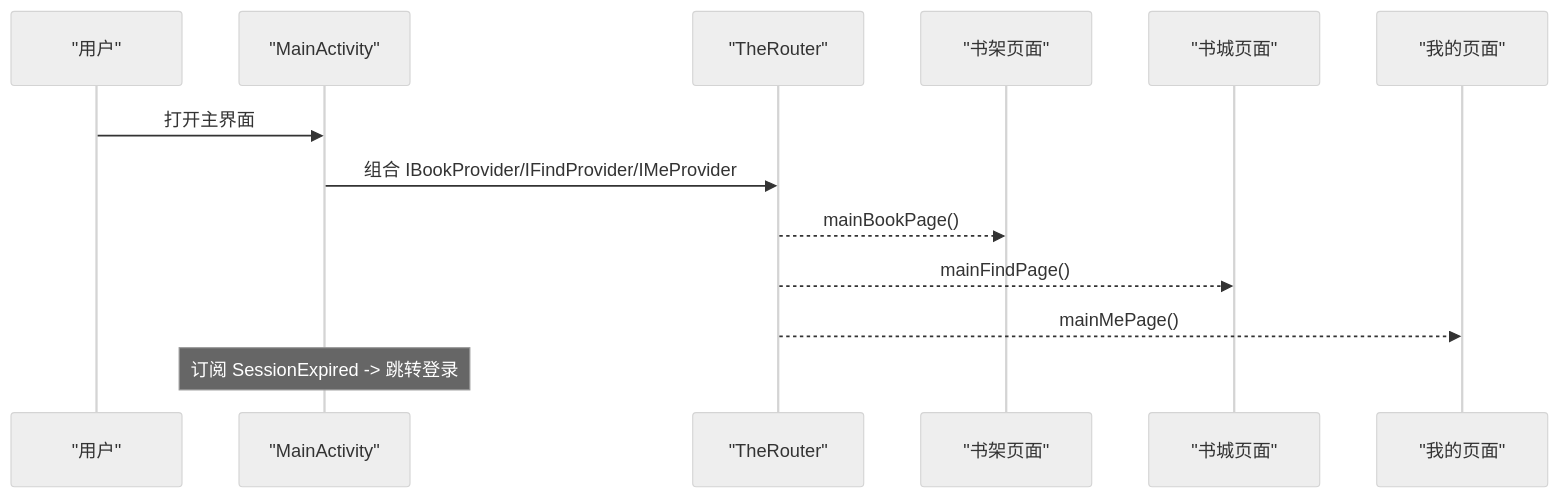
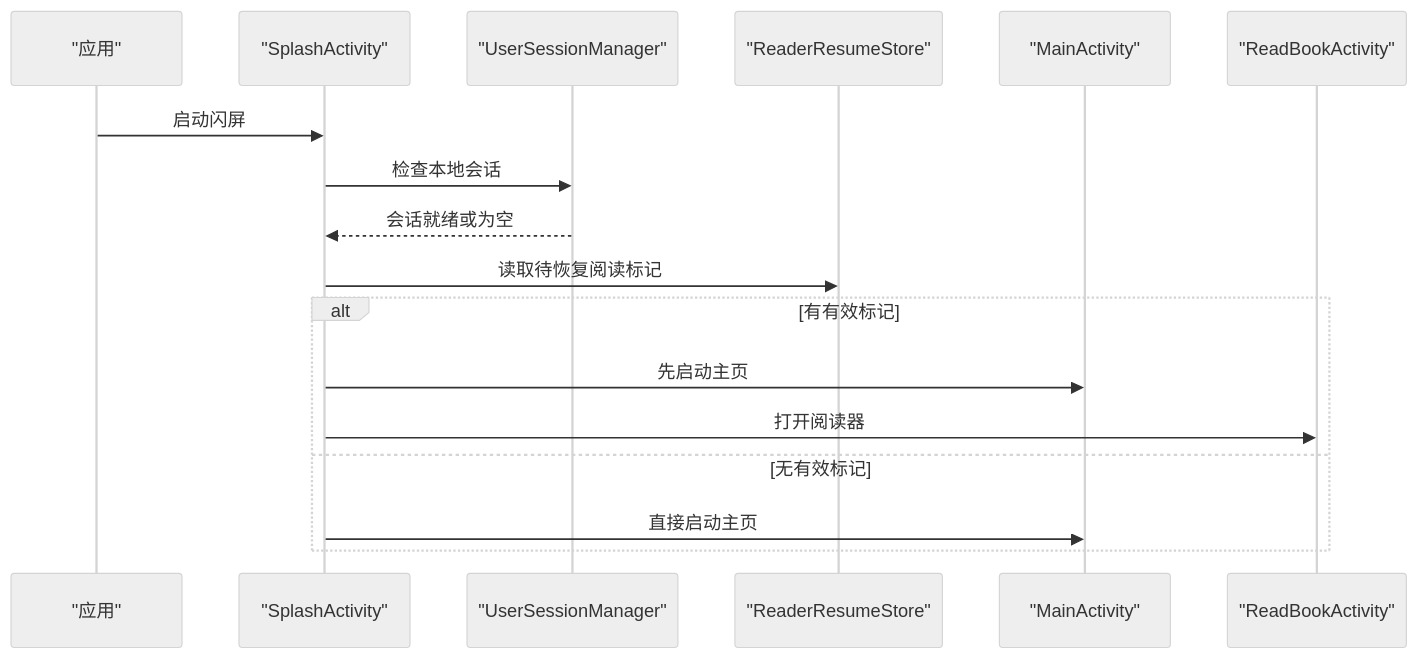
The third of 12 diagrams in .qoder/repowiki/zh/content/核心模块/核心模块.md (xrn1997/android-ebook), drawn with Mermaid (neutral theme) before and after one commit. The commit also changed other lines of this file and 456 other files, not shown here.

````diff
--- a/.qoder/repowiki/zh/content/核心模块/核心模块.md
+++ b/.qoder/repowiki/zh/content/核心模块/核心模块.md
@@ -134,16 +127,20 @@
 ```mermaid
 sequenceDiagram
-    participant User as "用户"
-    participant Main as "MainActivity"
-    participant Router as "TheRouter"
-    participant Book as "书架页面"
-    participant Find as "书城页面"
-    participant Me as "我的页面"
+    participant App as "应用"
+    participant Splash as "SplashActivity"
+    participant Session as "UserSessionManager"
+    participant Resume as "ReaderResumeStore"
+    participant MainActivity as "MainActivity"
+    participant Reader as "ReadBookActivity"
 
-    User->>Main: 打开主界面
-    Main->>Router: 组合 IBookProvider/IFindProvider/IMeProvider
-    Router-->>Book: mainBookPage()
-    Router-->>Find: mainFindPage()
-    Router-->>Me: mainMePage()
-    Note over Main: 订阅 SessionExpired -> 跳转登录
+    App->>Splash: 启动闪屏
+    Splash->>Session: 检查本地会话
+    Session-->>Splash: 会话就绪或为空
+    Splash->>Resume: 读取待恢复阅读标记
+    alt 有有效标记
+        Splash->>MainActivity: 先启动主页
+        Splash->>Reader: 打开阅读器
+    else 无有效标记
+        Splash->>MainActivity: 直接启动主页
+    end
 ```
````
